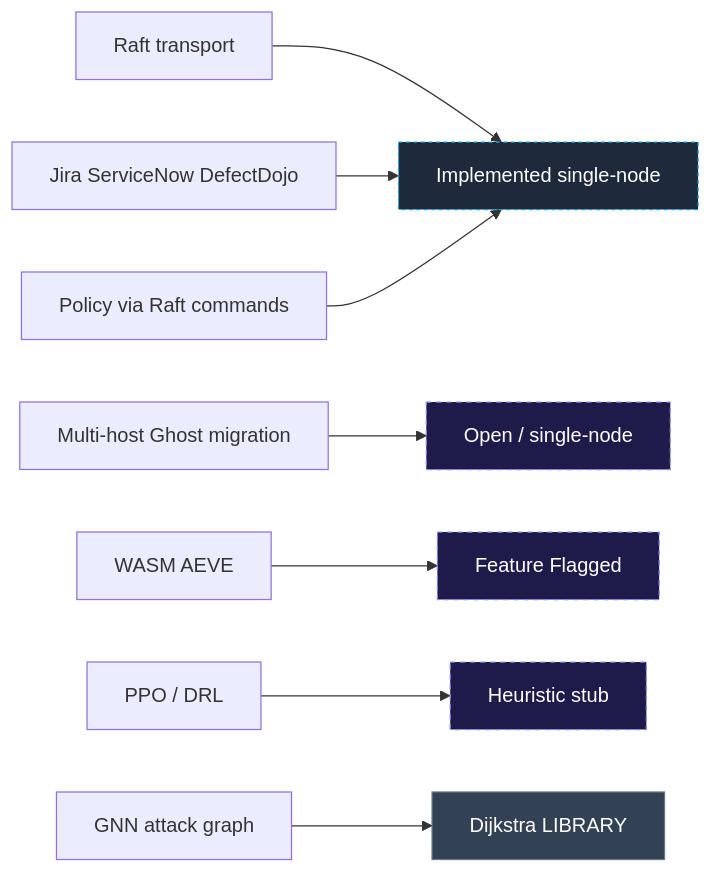
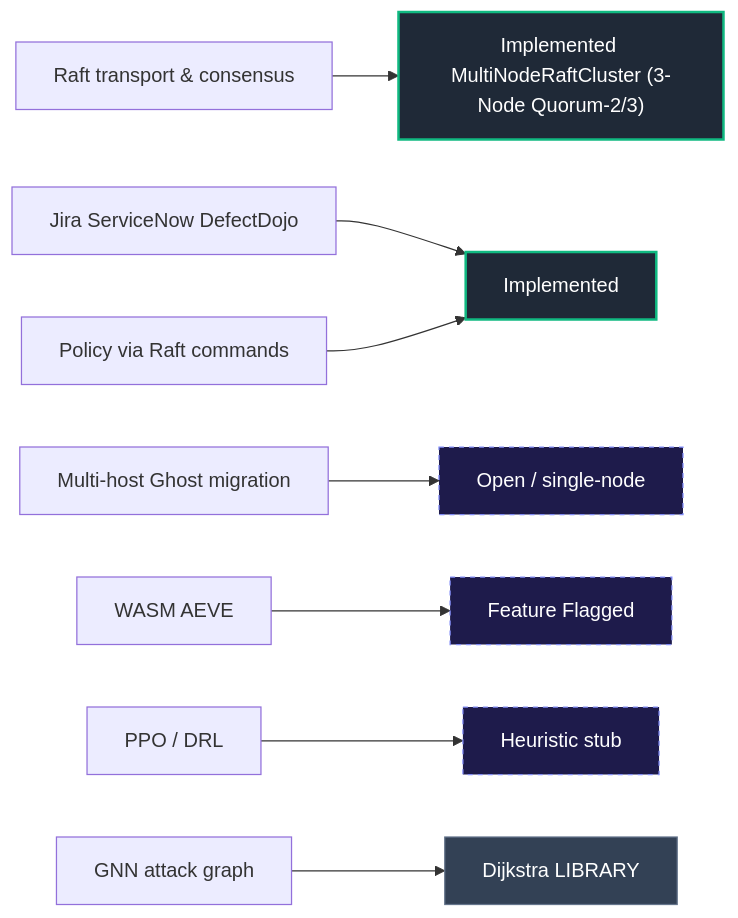
Before and after one commit to AviralGup7/Singularity-Zero: diagram 14 of 16 in docs/flowchart.md, drawn with Mermaid. The commit also changed other lines of this file and 2 other files, not shown here.

Commit message:
feat(raft): implement 3-node fault-tolerant MultiNodeRaftCluster with dynamic failover and quorum consensus

````diff
--- a/docs/flowchart.md
+++ b/docs/flowchart.md
@@ -883,17 +884,17 @@
 ```mermaid
 flowchart LR
     classDef impl fill:#1f2937,stroke:#10b981,stroke-width:2px,color:#fff;
     classDef singleNode fill:#1e293b,stroke:#0ea5e9,stroke-width:1px,stroke-dasharray:3 3,color:#fff;
     classDef library fill:#334155,stroke:#64748b,stroke-width:1px,color:#fff;
     classDef specOnly fill:#1e1b4b,stroke:#818cf8,stroke-width:1px,stroke-dasharray:4 4,color:#fff;
     classDef vacuous fill:#27272a,stroke:#71717a,stroke-width:1px,color:#a1a1aa;
     classDef forbidden fill:#450a0a,stroke:#ef4444,stroke-width:2px,color:#fca5a5;
 
-    Raft["Raft transport"] --> Impl["Implemented single-node"]:::singleNode
-    Tickets["Jira ServiceNow DefectDojo"] --> Impl
+    Raft["Raft transport & consensus"] --> ImplCluster["Implemented MultiNodeRaftCluster (3-Node Quorum-2/3)"]:::impl
+    Tickets["Jira ServiceNow DefectDojo"] --> Impl["Implemented"]:::impl
     Policy["Policy via Raft commands"] --> Impl
     Ghost["Multi-host Ghost migration"] --> Open["Open / single-node"]:::specOnly
     WASM["WASM AEVE"] --> Flag["Feature Flagged"]:::specOnly
     PPO["PPO / DRL"] --> Heur["Heuristic stub"]:::specOnly
     GNN["GNN attack graph"] --> Dijk["Dijkstra LIBRARY"]:::library
 ```
````
